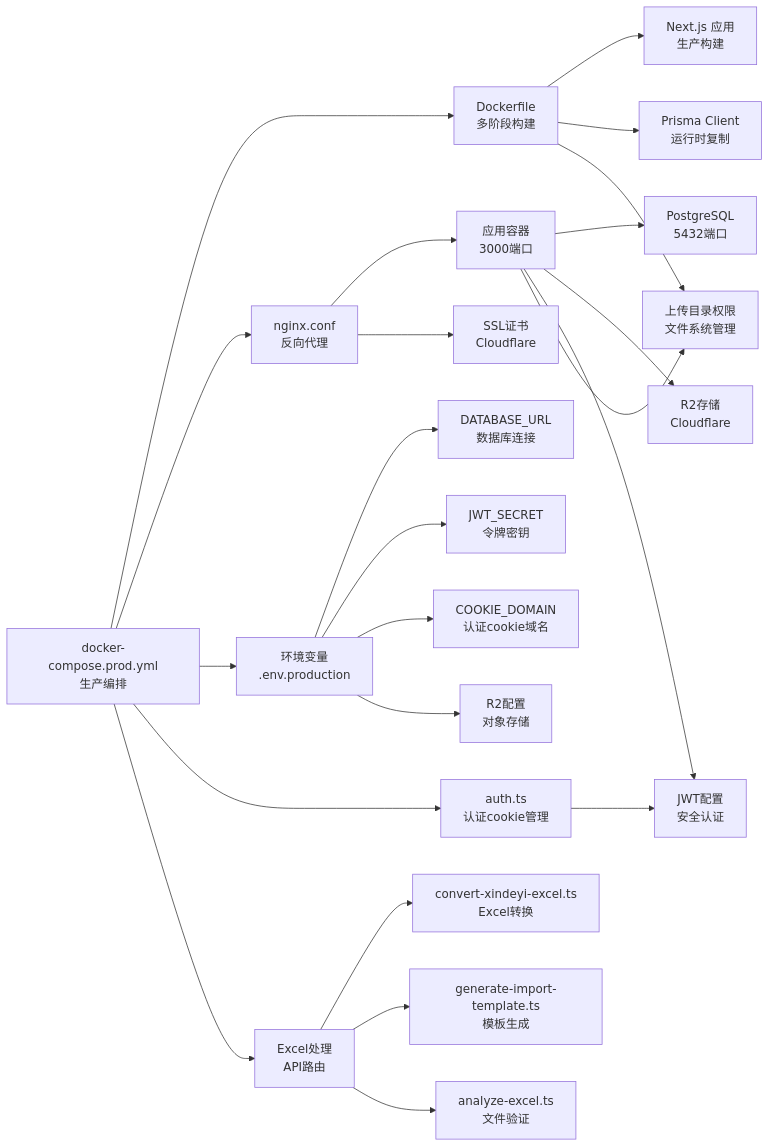
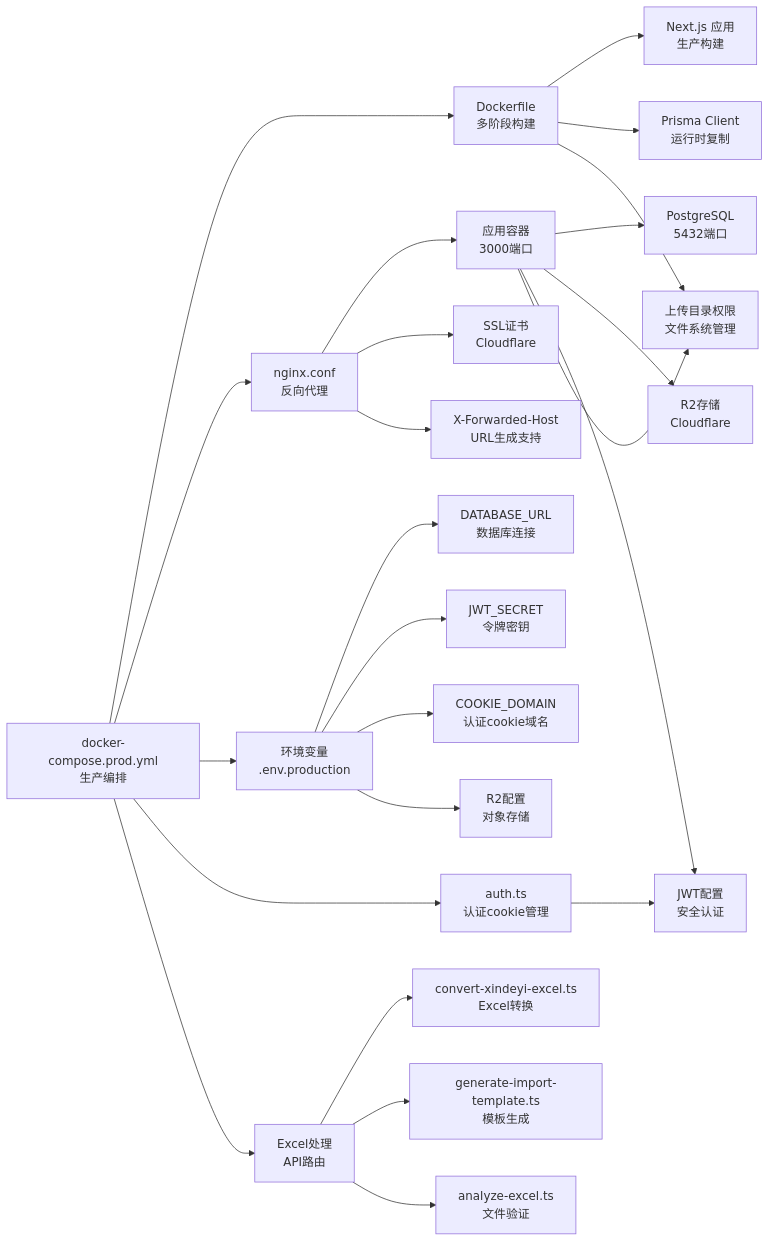
The third of 3 diagrams in .qoder/repowiki/zh/content/部署配置/部署配置.md (three3638-arch/celestia_2b), drawn with Mermaid before and after one commit. The commit also changed other lines of this file and 9 other files, not shown here.

````diff
--- a/.qoder/repowiki/zh/content/部署配置/部署配置.md
+++ b/.qoder/repowiki/zh/content/部署配置/部署配置.md
@@ -615,25 +625,26 @@
 ```mermaid
 graph LR
 DCP["docker-compose.prod.yml<br/>生产编排"] --> DFILE["Dockerfile<br/>多阶段构建"]
 DCP --> NGINXCFG["nginx.conf<br/>反向代理"]
 DCP --> ENV["环境变量<br/>.env.production"]
 DCP --> AUTH["auth.ts<br/>认证cookie管理"]
 DCP --> EXCEL["Excel处理<br/>API路由"]
 EXCEL --> CONVERT["convert-xindeyi-excel.ts<br/>Excel转换"]
 EXCEL --> TEMPLATE["generate-import-template.ts<br/>模板生成"]
 EXCEL --> ANALYZE["analyze-excel.ts<br/>文件验证"]
 AUTH --> JWT["jwt-config.ts<br/>JWT配置"]
 DFILE --> NEXT["Next.js 应用<br/>生产构建"]
 DFILE --> PRISMA["Prisma Client<br/>运行时复制"]
 DFILE --> UPLOADPERM["上传目录权限<br/>文件系统管理"]
 NGINXCFG --> APP["应用容器<br/>3000端口"]
 NGINXCFG --> SSL["SSL证书<br/>Cloudflare"]
+NGINXCFG --> XFORWARDEDHOST["X-Forwarded-Host<br/>URL生成支持"]
 APP --> DB["PostgreSQL<br/>5432端口"]
 APP --> R2["R2存储<br/>Cloudflare"]
 APP --> JWT["JWT配置<br/>安全认证"]
 APP --> UPLOADPERM
 ENV --> DBURL["DATABASE_URL<br/>数据库连接"]
 ENV --> JWTSECRET["JWT_SECRET<br/>令牌密钥"]
 ENV --> COOKIEDOMAIN["COOKIE_DOMAIN<br/>认证cookie域名"]
 ENV --> R2CONFIG["R2配置<br/>对象存储"]
 ```
````
